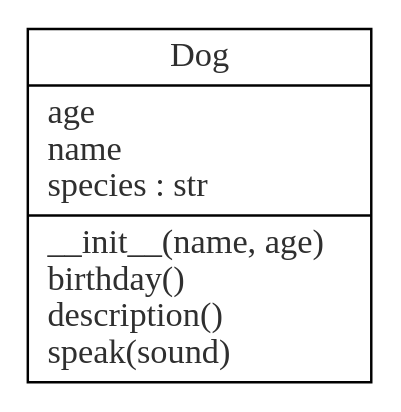
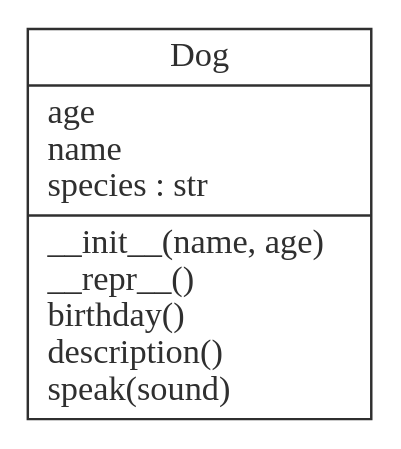
Before and after one commit to joaopalmeiro/datavis-python-playground: the diagram in uml-class-diagram-pyreverse/classes.dot, drawn with Graphviz. The commit also changed 7 other files, not shown here.

Commit message:
Updated: UML class diagram style.

```diff
--- a/uml-class-diagram-pyreverse/classes.dot
+++ b/uml-class-diagram-pyreverse/classes.dot
@@ -1,5 +1,5 @@
 digraph "classes" {
 charset="utf-8"
 rankdir=BT
-"0" [fontname="Roboto-Regular", fontcolor="#2F2F2F", label="{Dog|age\lname\lspecies : str\l|__init__(name, age)\lbirthday()\ldescription()\lspeak(sound)\l}", shape="record"];
+"0" [color="#2F2F2F", fontname="Roboto-Regular", fontcolor="#2F2F2F", label="{Dog|age\lname\lspecies : str\l|__init__(name, age)\l__repr__()\lbirthday()\ldescription()\lspeak(sound)\l}", shape="record"];
 }
```
